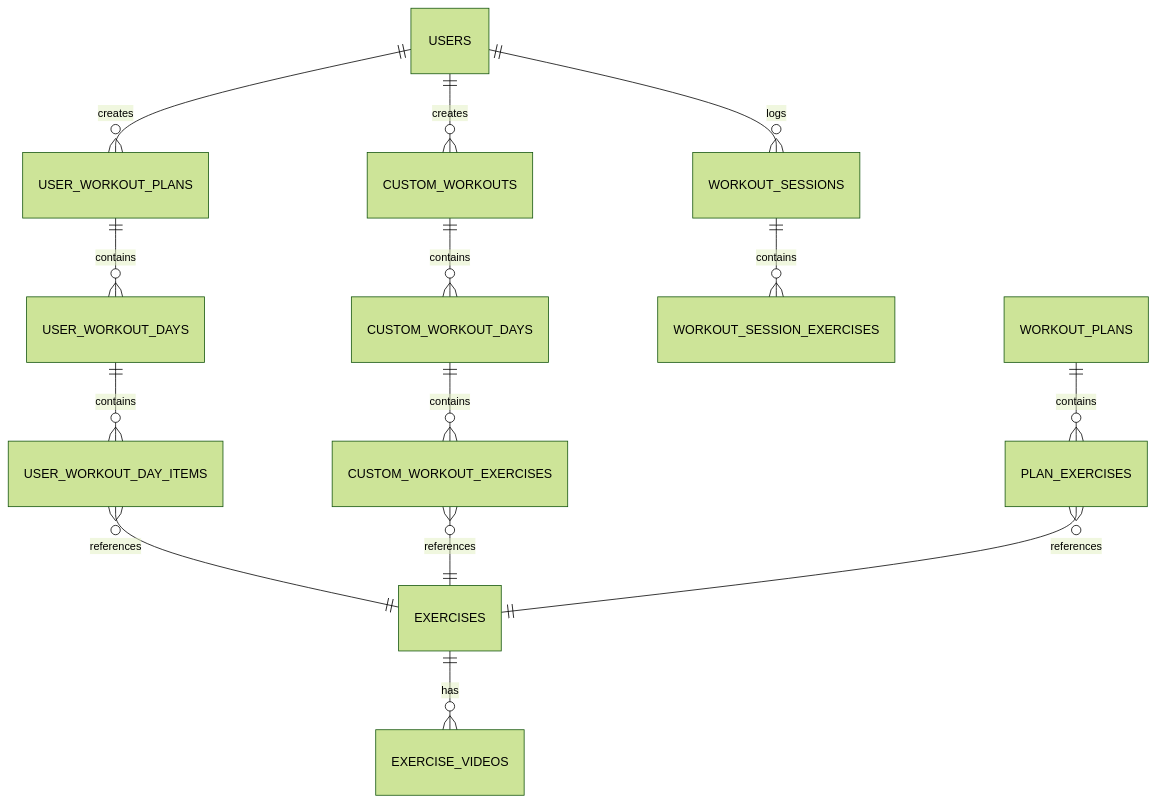
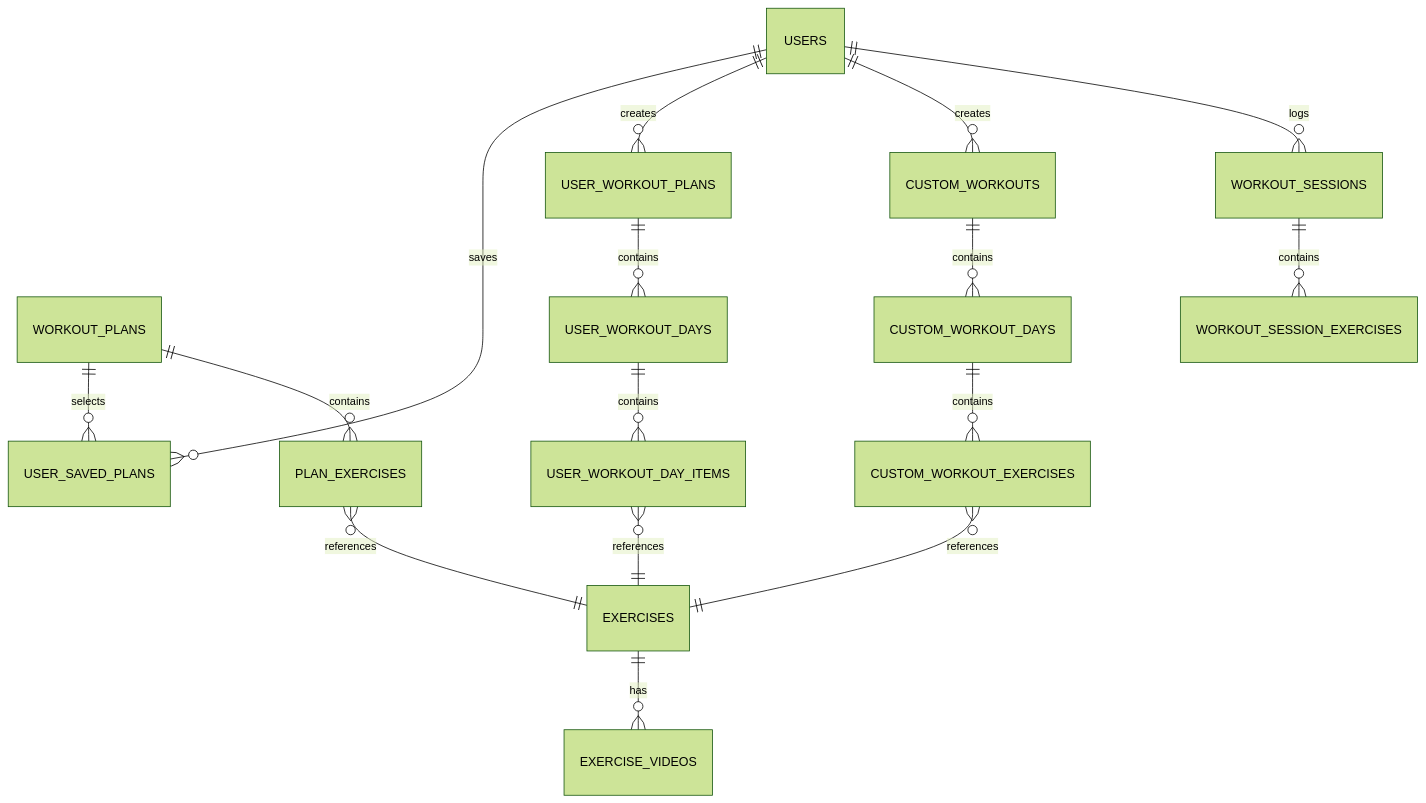
One commit to moazanTUS/sculptfitt changed the first of 3 diagrams in DATABASE_ARCHITECTURE.md. Above: the diagram before and after it, drawn with Mermaid (forest theme). The commit also changed other lines of this file and 3 other files, not shown here.

````diff
--- a/DATABASE_ARCHITECTURE.md
+++ b/DATABASE_ARCHITECTURE.md
@@ -5,21 +5,24 @@
 ```mermaid
 erDiagram
+    USERS ||--o{ USER_SAVED_PLANS : saves
     USERS ||--o{ USER_WORKOUT_PLANS : creates
     USERS ||--o{ CUSTOM_WORKOUTS : creates
     USERS ||--o{ WORKOUT_SESSIONS : logs
+    
+    WORKOUT_PLANS ||--o{ USER_SAVED_PLANS : selects
     
     USER_WORKOUT_PLANS ||--o{ USER_WORKOUT_DAYS : contains
     CUSTOM_WORKOUTS ||--o{ CUSTOM_WORKOUT_DAYS : contains
     
     USER_WORKOUT_DAYS ||--o{ USER_WORKOUT_DAY_ITEMS : contains
     CUSTOM_WORKOUT_DAYS ||--o{ CUSTOM_WORKOUT_EXERCISES : contains
     
     USER_WORKOUT_DAY_ITEMS }o--|| EXERCISES : references
     CUSTOM_WORKOUT_EXERCISES }o--|| EXERCISES : references
     
     EXERCISES ||--o{ EXERCISE_VIDEOS : has
     WORKOUT_SESSIONS ||--o{ WORKOUT_SESSION_EXERCISES : contains
     
     WORKOUT_PLANS ||--o{ PLAN_EXERCISES : contains
     PLAN_EXERCISES }o--|| EXERCISES : references
 ```
````
